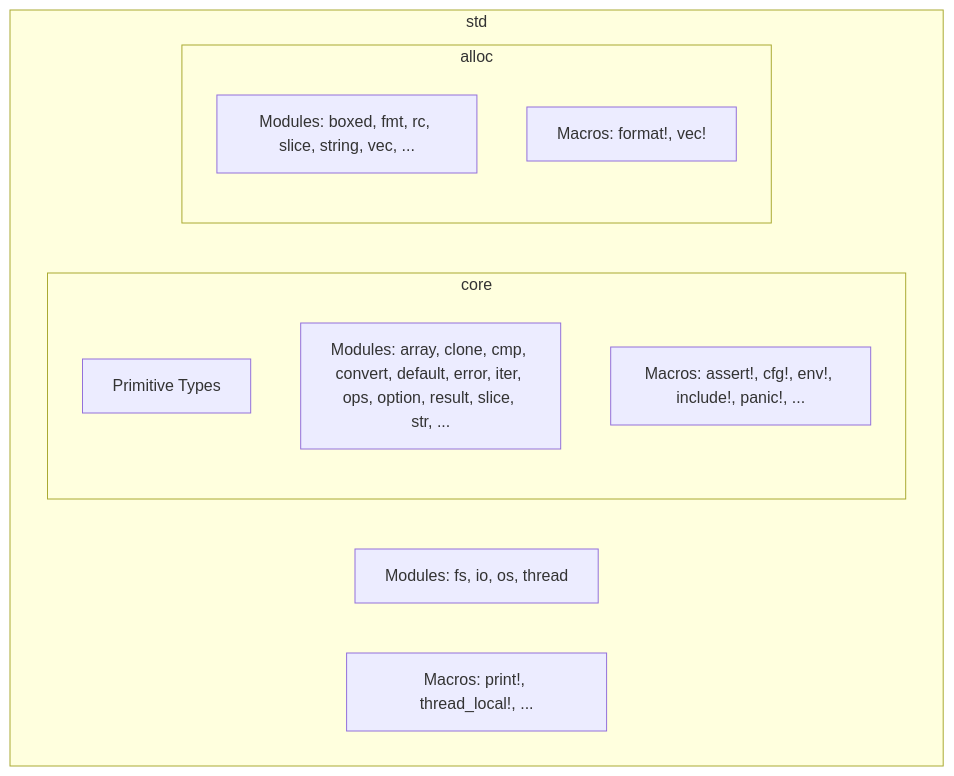
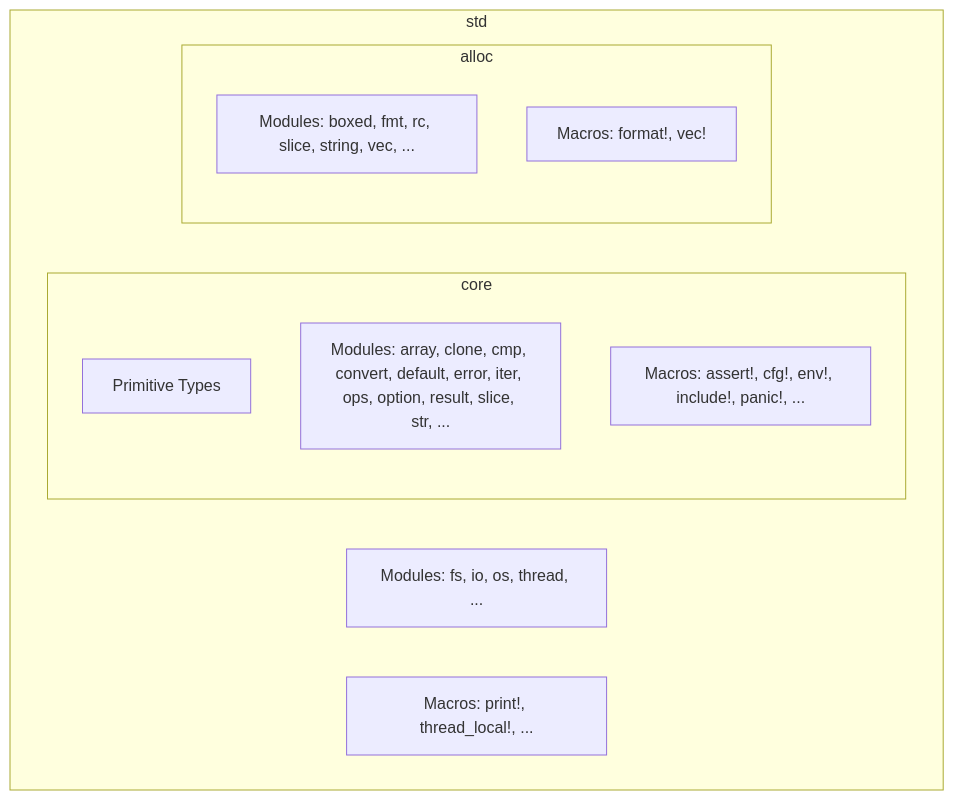
Before and after one commit to j-g00da/ratatui-are-we-embedded-yet-talk: the first of 2 diagrams in talk.md, drawn with Mermaid. The commit also changed other lines of this file and 7 other files, not shown here.

````diff
--- a/talk.md
+++ b/talk.md
@@ -178,30 +215,30 @@
 ```mermaid +render +width:100%
 graph TD
     primitive_types[Primitive Types]
     core_modules[Modules: array, clone, cmp, convert, default, error, iter, ops, option, result, slice, str, ...]
     core_macros[Macros: assert!, cfg!, env!, include!, panic!, ...]
 
     subgraph "core"
         primitive_types
         core_modules
         core_macros
     end
     
     alloc_modules[Modules: boxed, fmt, rc, slice, string, vec, ...]
     alloc_macros[Macros: format!, vec!]
 
     subgraph "alloc"
         alloc_modules
         alloc_macros
     end
     
-    std_modules[Modules: fs, io, os, thread]
+    std_modules[Modules: fs, io, os, thread, ...]
     std_macros[Macros: print!, thread_local!, ...]
 
     subgraph "std"
         core
         alloc
         std_modules
         std_macros
     end
 ```
````
